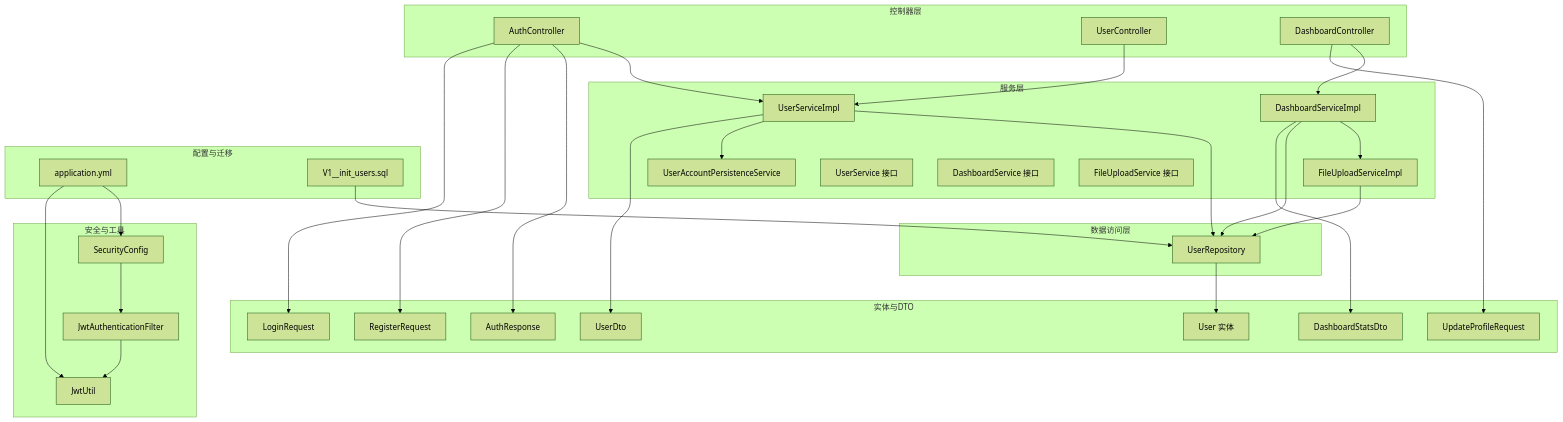
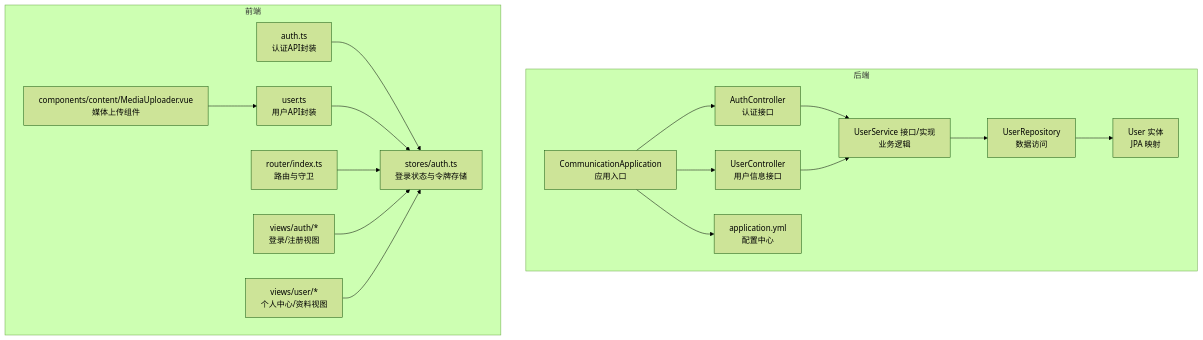
Before and after one commit to koala-xiong/communication-qoder: the first of 3 diagrams in .qoder/repowiki/zh/content/用户管理系统/用户管理系统.md, drawn with Mermaid (forest theme). The commit also changed other lines of this file and 73 other files, not shown here.

````diff
--- a/.qoder/repowiki/zh/content/用户管理系统/用户管理系统.md
+++ b/.qoder/repowiki/zh/content/用户管理系统/用户管理系统.md
@@ -61,58 +51,34 @@
 ```mermaid
 graph TB
-subgraph "控制器层"
-AC["AuthController"]
-UC["UserController"]
-DC["DashboardController"]
+subgraph "后端"
+A["CommunicationApplication<br/>应用入口"]
+B["AuthController<br/>认证接口"]
+C["UserController<br/>用户信息接口"]
+D["UserService 接口/实现<br/>业务逻辑"]
+E["UserRepository<br/>数据访问"]
+F["User 实体<br/>JPA 映射"]
+G["application.yml<br/>配置中心"]
 end
-subgraph "服务层"
-USI["UserServiceImpl"]
-UAPS["UserAccountPersistenceService"]
-DSI["DashboardServiceImpl"]
-FUSI["FileUploadServiceImpl"]
-US["UserService 接口"]
-DS["DashboardService 接口"]
-FUS["FileUploadService 接口"]
+subgraph "前端"
+H["auth.ts<br/>认证API封装"]
+I["user.ts<br/>用户API封装"]
+J["stores/auth.ts<br/>登录状态与令牌存储"]
+K["router/index.ts<br/>路由与守卫"]
+L["views/auth/*<br/>登录/注册视图"]
+M["views/user/*<br/>个人中心/资料视图"]
+N["components/content/MediaUploader.vue<br/>媒体上传组件"]
 end
-subgraph "数据访问层"
-UR["UserRepository"]
-end
-subgraph "实体与DTO"
-EUser["User 实体"]
-UD["UserDto"]
-ARS["AuthResponse"]
-RR["RegisterRequest"]
-LR["LoginRequest"]
-UPR["UpdateProfileRequest"]
-DSD["DashboardStatsDto"]
-end
-subgraph "安全与工具"
-SC["SecurityConfig"]
-JAF["JwtAuthenticationFilter"]
-JU["JwtUtil"]
-end
-subgraph "配置与迁移"
-YML["application.yml"]
-MIG["V1__init_users.sql"]
-end
-AC --> USI
-UC --> USI
-DC --> DSI
-DSI --> FUSI
-USI --> UR
-USI --> UAPS
-DSI --> UR
-FUSI --> UR
-UR --> EUser
-USI --> UD
-DSI --> DSD
-AC --> ARS
-AC --> RR
-AC --> LR
-DC --> UPR
-SC --> JAF
-JAF --> JU
-YML --> SC
-YML --> JU
-MIG --> UR
+A --> B
+A --> C
+B --> D
+C --> D
+D --> E
+E --> F
+A --> G
+H --> J
+I --> J
+K --> J
+L --> J
+M --> J
+N --> I
 ```
````
